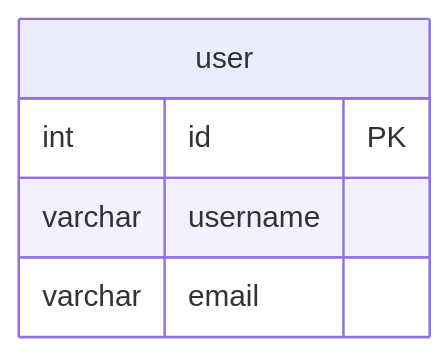
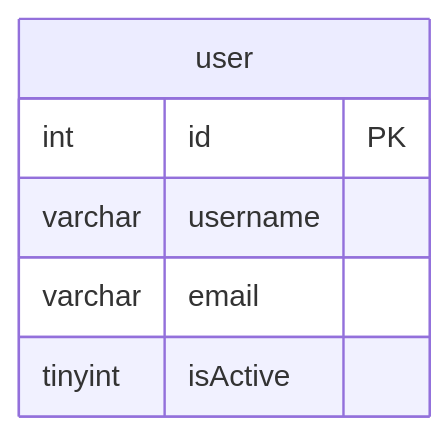
The third of 4 diagrams in test/test-nestjs-app/docs/mysql-erd.md (hermin9804/typeorm-markdown-generator), drawn with Mermaid before and after one commit. The commit also changed other lines of this file and 10 other files, not shown here.

````diff
--- a/test/test-nestjs-app/docs/mysql-erd.md
+++ b/test/test-nestjs-app/docs/mysql-erd.md
@@ -131,9 +140,10 @@
 ```mermaid
 erDiagram
   user {
     int id PK
     varchar username
     varchar email
+    tinyint isActive
   }
   
 ```
````
